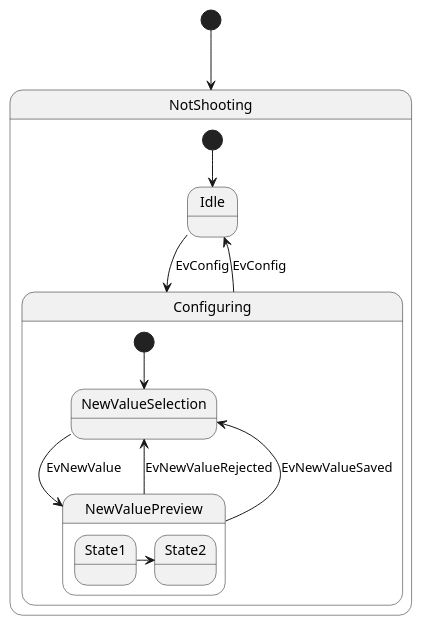
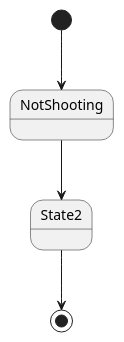
The diagram in UML/state machine diagram/create_report_state.puml (Pahoomich/nwchat), drawn with PlantUML before and after one commit.

```diff
--- a/UML/state machine diagram/create_report_state.puml
+++ b/UML/state machine diagram/create_report_state.puml
@@ -1,22 +1,5 @@
 @startuml
-/'scale 350 width'/
 [*] --> NotShooting
-
-state NotShooting {
-  [*] --> Idle
-  Idle --> Configuring : EvConfig
-  Configuring --> Idle : EvConfig
-}
-
-state Configuring {
-  [*] --> NewValueSelection
-  NewValueSelection --> NewValuePreview : EvNewValue
-  NewValuePreview --> NewValueSelection : EvNewValueRejected
-  NewValuePreview --> NewValueSelection : EvNewValueSaved
-
-  state NewValuePreview {
-     State1 -> State2
-  }
-
-}
+NotShooting --> State2
+State2 --> [*]
 @enduml
```
